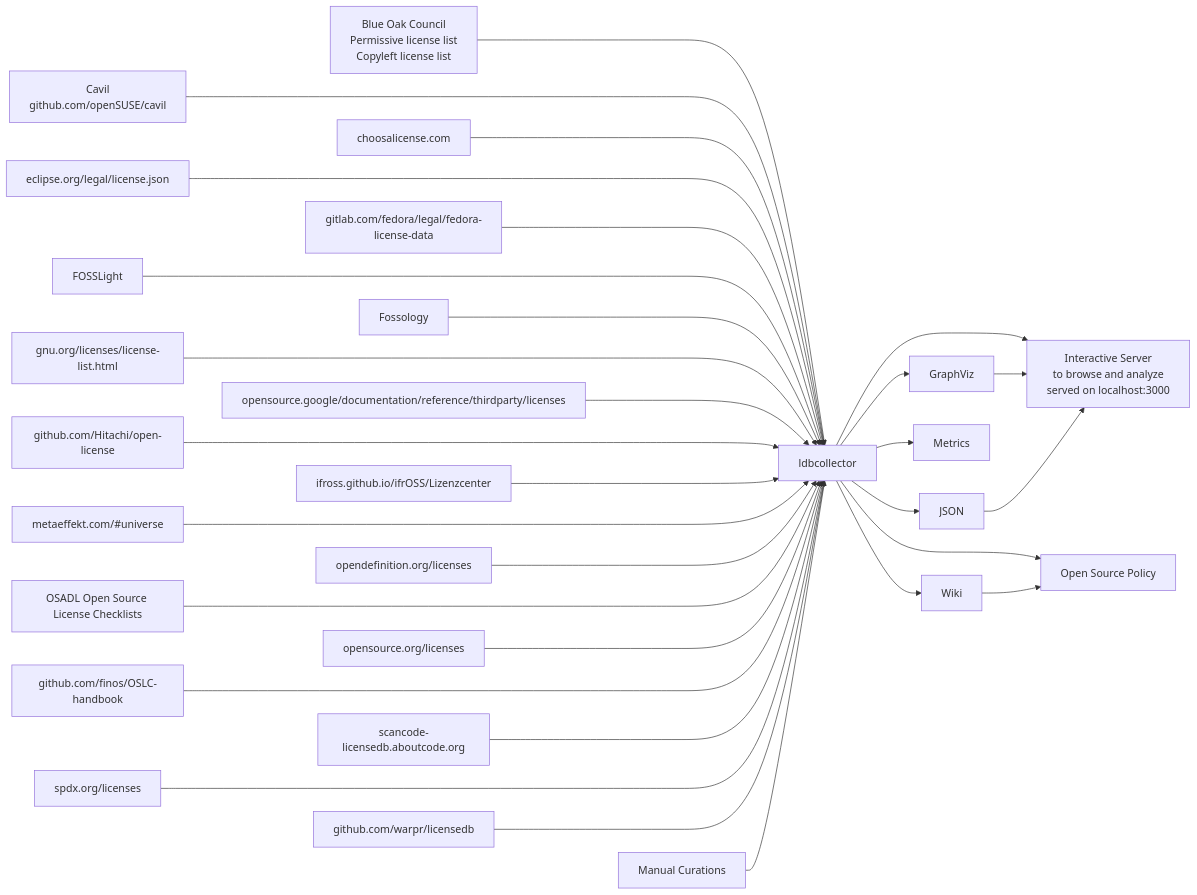
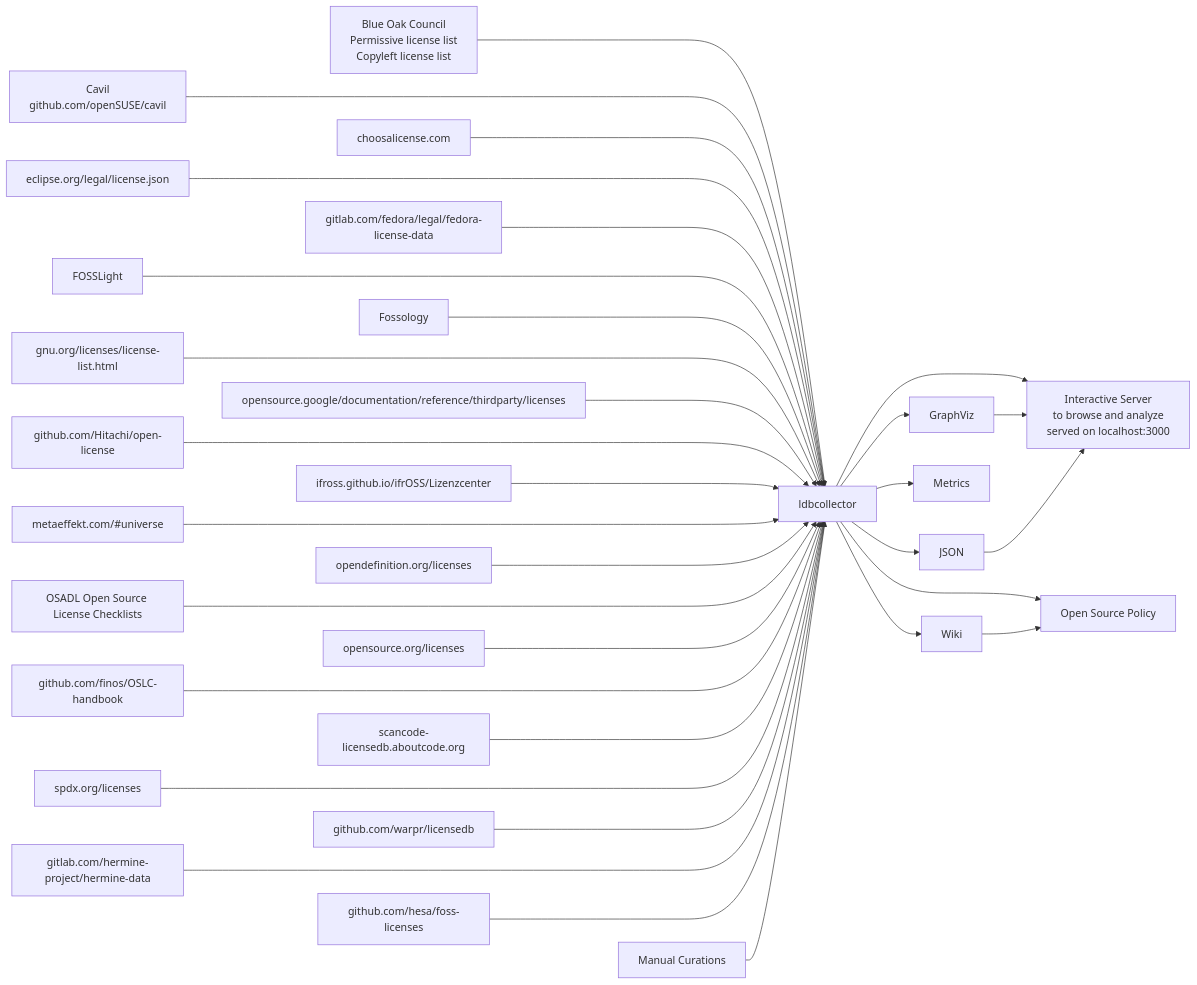
One commit to maxhbr/LDBcollector changed the diagram in README.md. Above: the diagram before and after it, drawn with Mermaid. The commit also changed other lines of this file, not shown here.

````diff
--- a/README.md
+++ b/README.md
@@ -29,34 +32,36 @@
 ```mermaid
 graph LR;
     BlueOak["Blue Oak Council\nPermissive license list\nCopyleft license list"]--->LDBcollector["ldbcollector"];
     Cavil["Cavil\ngithub.com/openSUSE/cavil"]---->LDBcollector;
     ChooseALicense["choosalicense.com"]--->LDBcollector;
     EclipseOrgLegal["eclipse.org/legal/license.json"]---->LDBcollector;
     Fedora["gitlab.com/fedora/legal/fedora-license-data"]--->LDBcollector;
     FOSSLight---->LDBcollector;
     Fossology--->LDBcollector;
     FSF["gnu.org/licenses/license-list.html"]---->LDBcollector;
     GoogleLicensePolicy["opensource.google/documentation/reference/thirdparty/licenses"]--->LDBcollector;
     HitachiOpenLicense["github.com/Hitachi/open-license"]---->LDBcollector;
     Ifross["ifross.github.io/ifrOSS/Lizenzcenter"]--->LDBcollector;
     Metaeffekt["metaeffekt.com/#universe"]---->LDBcollector;
     OKFN["opendefinition.org/licenses"]--->LDBcollector;
     OSADL["OSADL Open Source License Checklists"]---->LDBcollector;
     OSI["opensource.org/licenses"]--->LDBcollector;
     OSLC["github.com/finos/OSLC-handbook"]---->LDBcollector;
     Scancode["scancode-licensedb.aboutcode.org"]--->LDBcollector;
     SPDX["spdx.org/licenses"]---->LDBcollector;
     Warpr["github.com/warpr/licensedb"]--->LDBcollector;
+    Hermine["gitlab.com/hermine-project/hermine-data"]---->LDBcollector;
+    FossLicenses["github.com/hesa/foss-licenses"]--->LDBcollector;
 
     Curation["Manual Curations"]-->LDBcollector;
 
     LDBcollector-->GraphViz;
     LDBcollector-->JSON;
     LDBcollector-->Metrics;
     LDBcollector--->Server["Interactive Server\nto browse and analyze\nserved on localhost:3000"];
     GraphViz --> Server;
     JSON --> Server;
     LDBcollector--> Wiki;
     LDBcollector--->Policy["Open Source Policy"];
     Wiki-->Policy;
 ```
````
